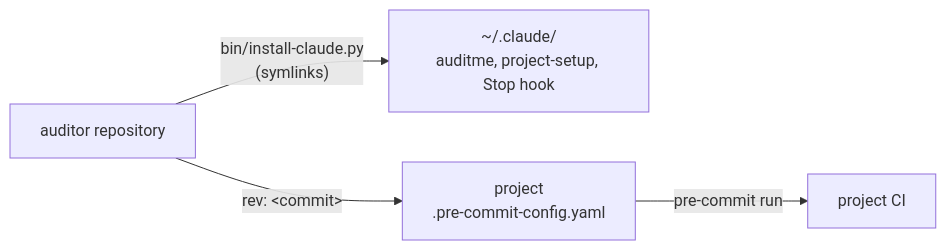
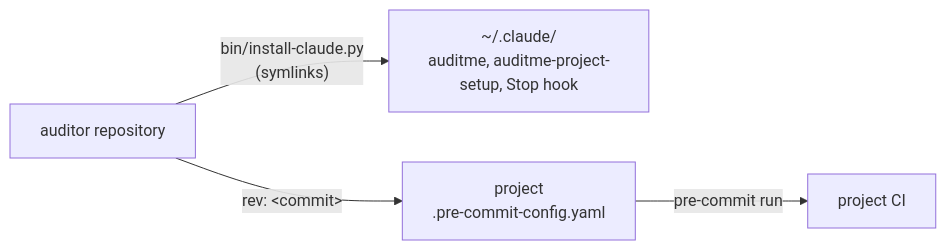
The diagram in docs/concepts.md (bnomis/auditor), drawn with Mermaid before and after one commit. The commit also changed 22 other files, not shown here.

First line of the commit message:
refactor: rename the skill auditme-project-setup

````diff
--- a/docs/concepts.md
+++ b/docs/concepts.md
@@ -6,10 +6,10 @@
 ```mermaid
 flowchart LR
     repo["auditor repository"]
-    home["~/.claude/<br>auditme, project-setup, Stop hook"]
+    home["~/.claude/<br>auditme, auditme-project-setup, Stop hook"]
     proj["project<br>.pre-commit-config.yaml"]
     ci["project CI"]
     repo -- "bin/install-claude.py<br>(symlinks)" --> home
     repo -- "rev: &lt;commit&gt;" --> proj
     proj -- "pre-commit run" --> ci
 ```
````
